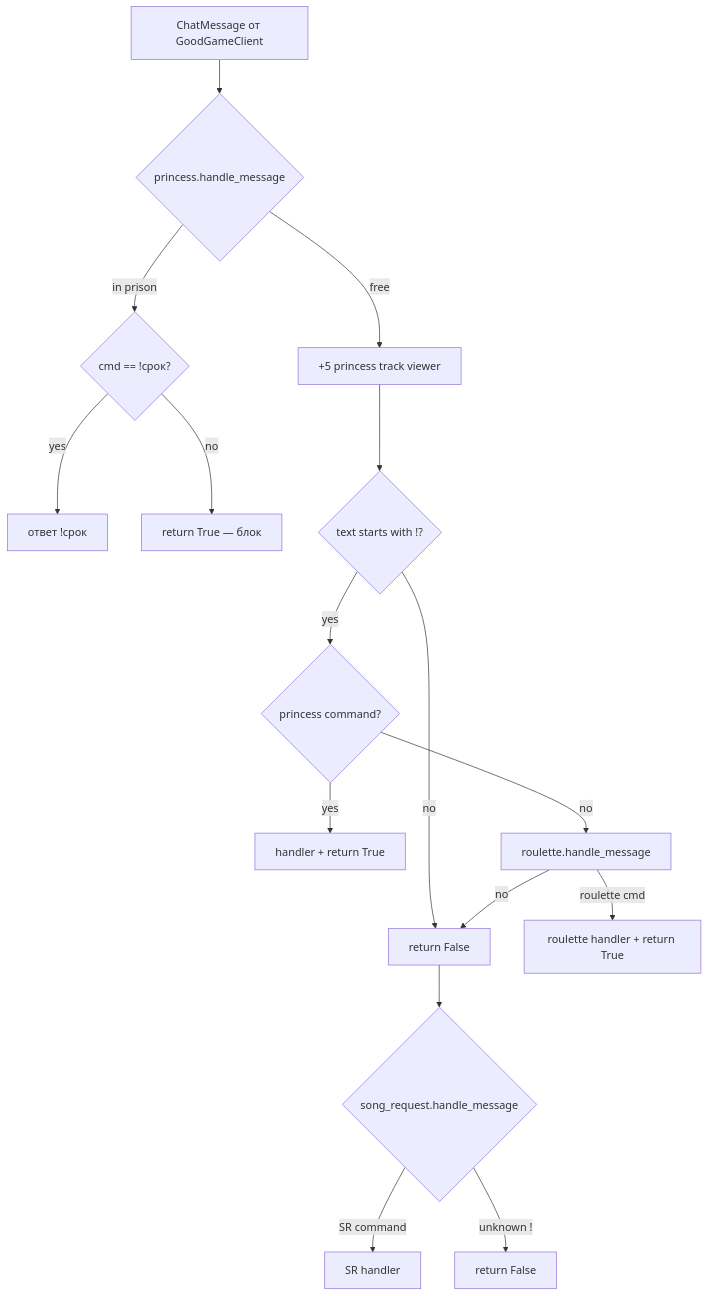
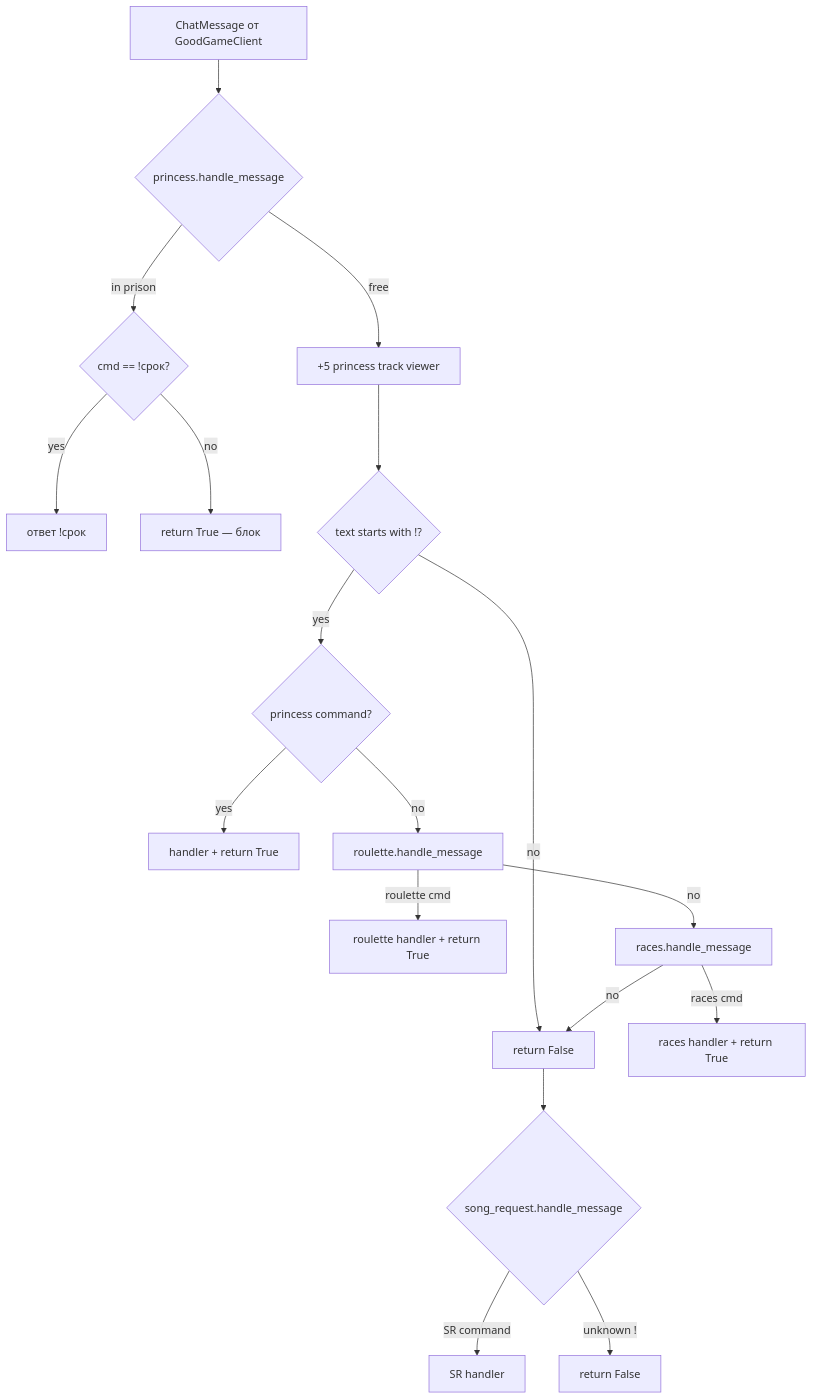
The third of 3 diagrams in README_DEV.md (klon008/ggchatbot), drawn with Mermaid before and after one commit. The commit also changed other lines of this file and 58 other files, not shown here.

````diff
--- a/README_DEV.md
+++ b/README_DEV.md
@@ -587,22 +635,24 @@
 ```mermaid
 flowchart TD
     Msg[ChatMessage от GoodGameClient]
     Msg --> Princess{princess.handle_message}
 
     Princess -->|in prison| Srok{cmd == !срок?}
     Srok -->|yes| ReplySrok[ответ !срок]
     Srok -->|no| Block[return True — блок]
 
     Princess -->|free| Passive[+5 princess track viewer]
     Passive --> Cmd{text starts with !?}
     Cmd -->|no| SRCheck[return False]
     Cmd -->|yes| PrincessCmd{princess command?}
     PrincessCmd -->|yes| HandleP[handler + return True]
     PrincessCmd -->|no| RouletteCheck[roulette.handle_message]
     RouletteCheck -->|roulette cmd| HandleR[roulette handler + return True]
-    RouletteCheck -->|no| SRCheck
+    RouletteCheck -->|no| RacesCheck[races.handle_message]
+    RacesCheck -->|races cmd| HandleRc[races handler + return True]
+    RacesCheck -->|no| SRCheck
 
     SRCheck --> SR{song_request.handle_message}
     SR -->|SR command| HandleSR[SR handler]
     SR -->|unknown !| Ignore[return False]
 ```
````
